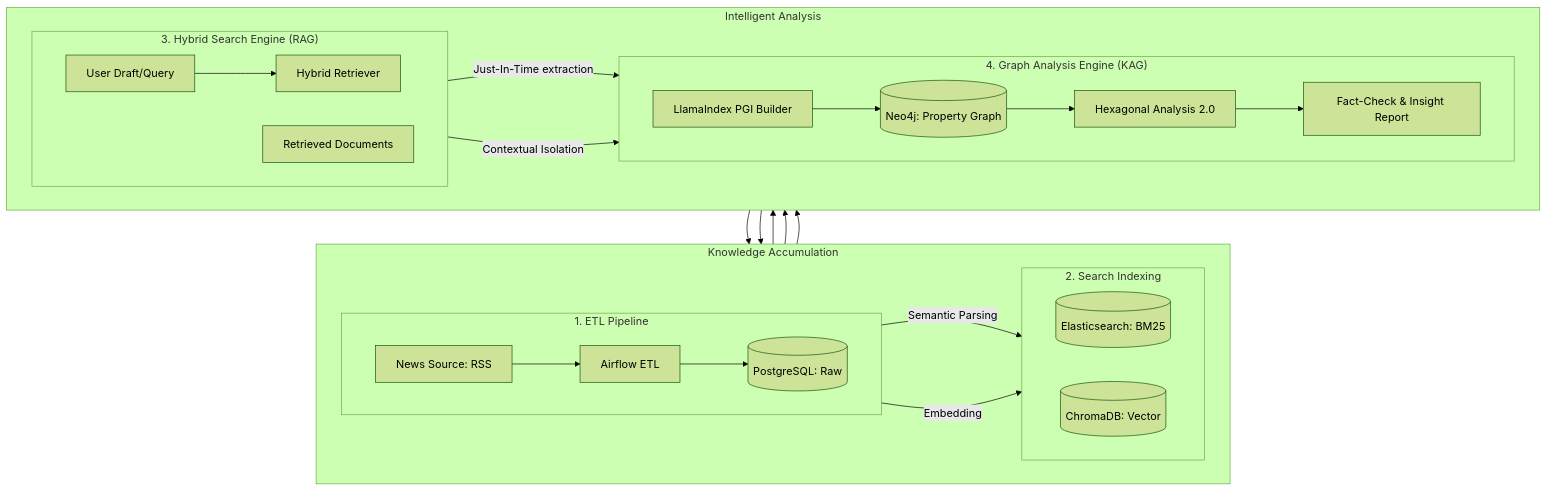
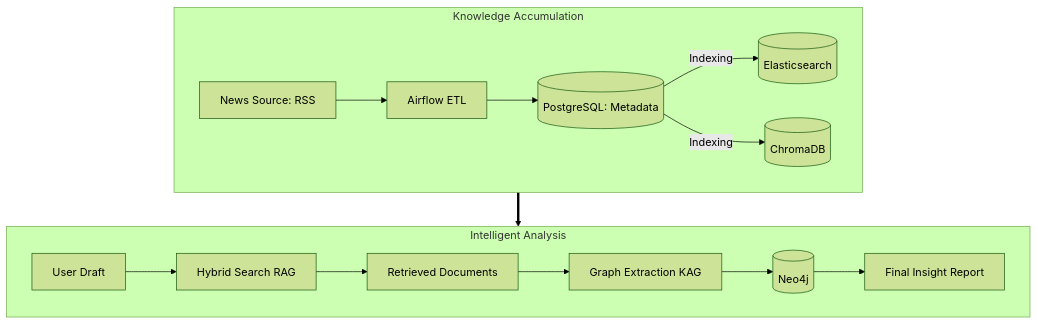
One commit to hyos0415/KAG_LlamaIndex changed the diagram in technical_report.md. Above: the diagram before and after it, drawn with Mermaid (forest theme). The commit also changed 1 other file, not shown here.

Commit message:
fix : 포트폴리오 최적화를 위한 다이어그램 레이아웃 재배치 (2x2)

````diff
--- a/technical_report.md
+++ b/technical_report.md
@@ -17,40 +17,21 @@
 ```mermaid
 graph TD
     subgraph Row1 [Knowledge Accumulation]
         direction LR
-        subgraph "1. ETL Pipeline"
-            direction LR
-            A[News Source: RSS] --> B[Airflow ETL]
-            B --> C[(PostgreSQL: Raw)]
-        end
-
-        subgraph "2. Search Indexing"
-            direction LR
-            C -- "Semantic Parsing" --> D[(Elasticsearch: BM25)]
-            C -- "Embedding" --> E[(ChromaDB: Vector)]
-        end
+        A[News Source: RSS] --> B[Airflow ETL] --> C[(PostgreSQL: Metadata)]
+        C -- "Indexing" --> D[(Elasticsearch)]
+        C -- "Indexing" --> E[(ChromaDB)]
     end
 
     subgraph Row2 [Intelligent Analysis]
         direction LR
-        subgraph "3. Hybrid Search Engine (RAG)"
-            direction LR
-            F[User Draft/Query] --> G[Hybrid Retriever]
-            G --> D
-            G --> E
-            D & E --> H[Retrieved Documents]
-        end
-
-        subgraph "4. Graph Analysis Engine (KAG)"
-            direction LR
-            H -- "Just-In-Time extraction" --> I[LlamaIndex PGI Builder]
-            F -- "Contextual Isolation" --> I
-            I --> J[(Neo4j: Property Graph)]
-            J --> K[Hexagonal Analysis 2.0]
-            K --> L[Fact-Check & Insight Report]
-        end
+        F[User Draft] --> G[Hybrid Search RAG]
+        G --> H[Retrieved Documents]
+        H --> I[Graph Extraction KAG]
+        I --> J[(Neo4j)]
+        J --> K[Final Insight Report]
     end
 
-    %% Flow
-    Row1 --> Row2
+    %% Flow connection
+    Row1 ==> Row2
 ```
````
